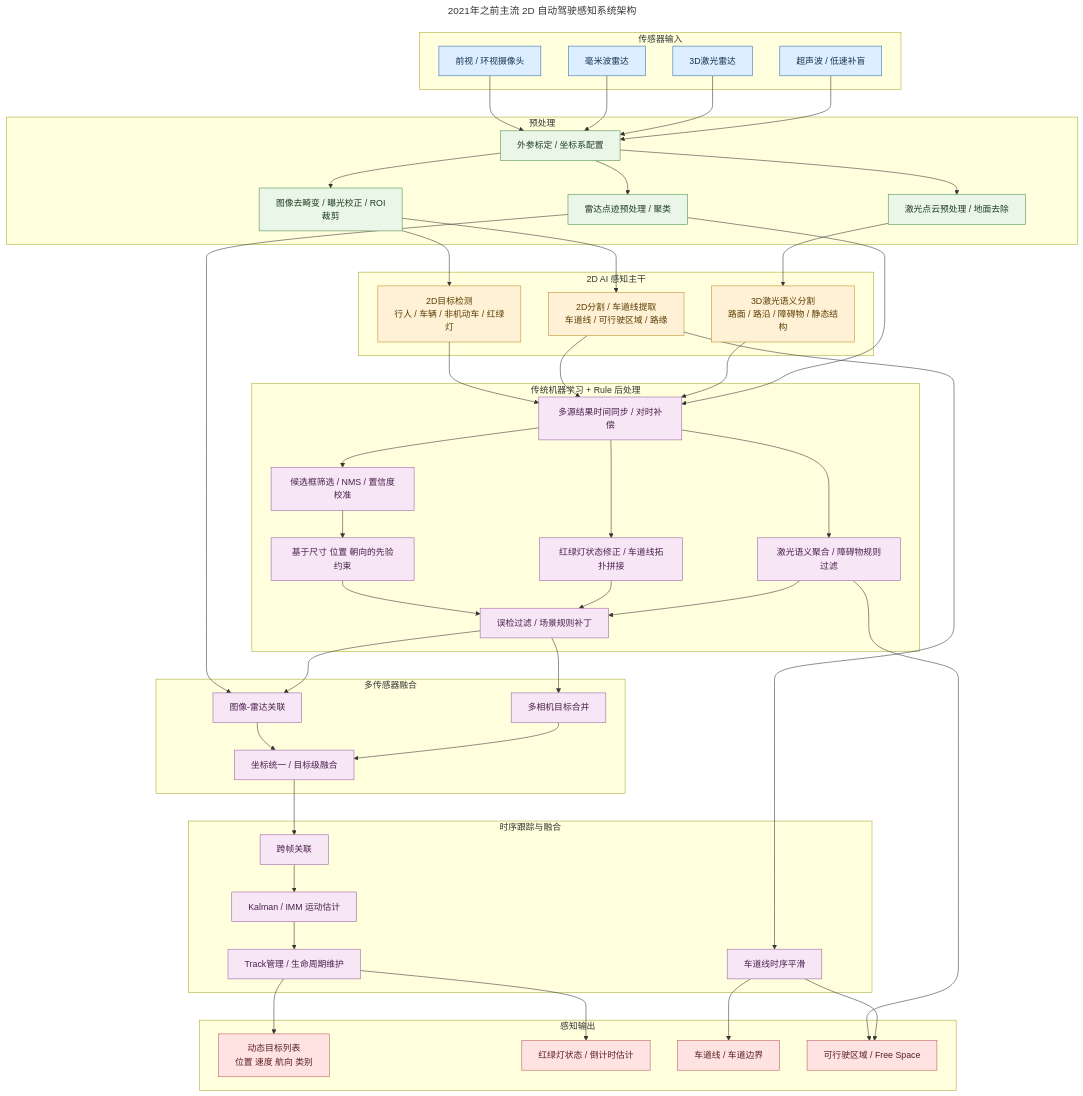
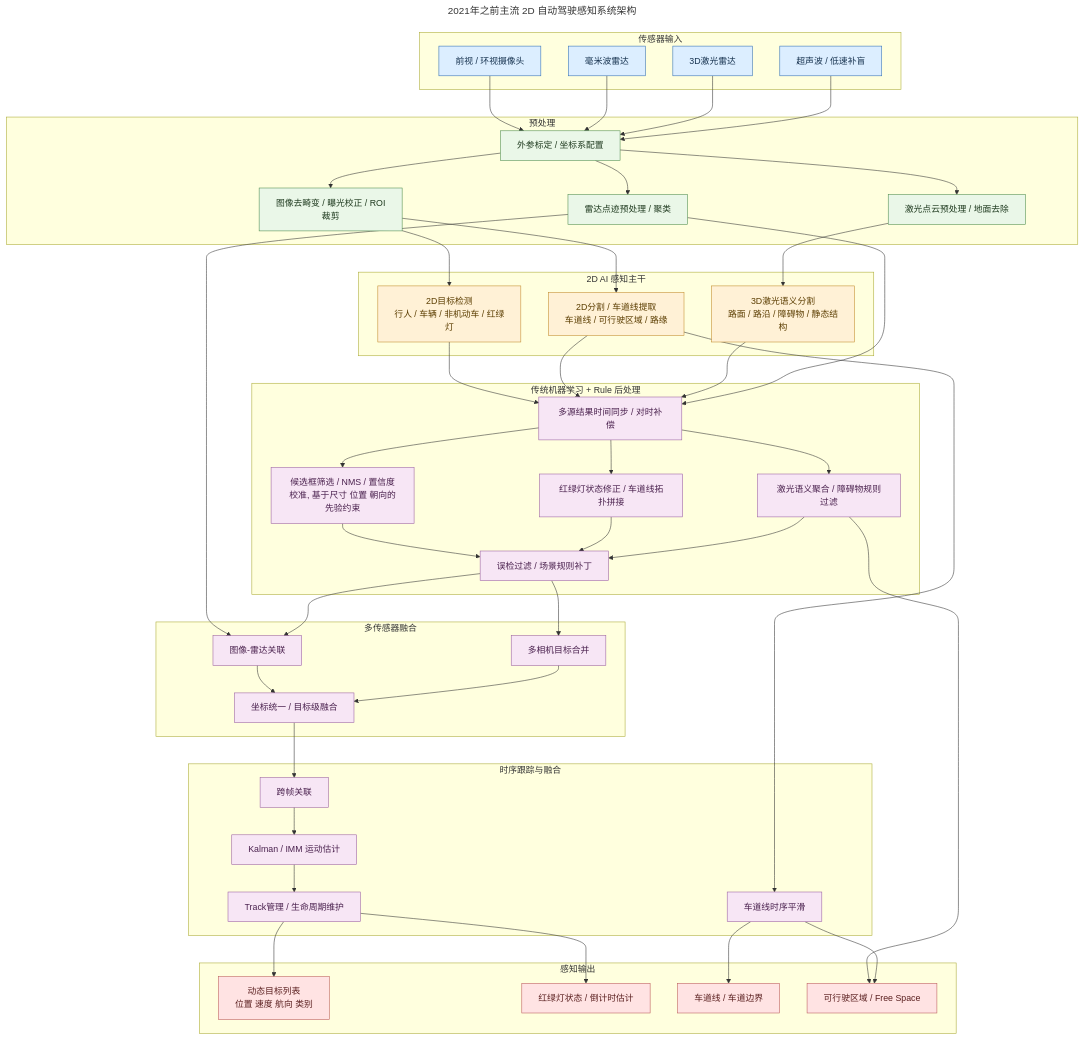
Before and after one commit to MagicFrogSJTU/work: the diagram in technical_report/20260408-huawei_autonomous_driving_share/2d_ad_perception.mmd, drawn with Mermaid. The commit also changed 106 other files, not shown here.

```diff
--- a/technical_report/20260408-huawei_autonomous_driving_share/2d_ad_perception.mmd
+++ b/technical_report/20260408-huawei_autonomous_driving_share/2d_ad_perception.mmd
@@ -1,101 +1,99 @@
 ---
 title: 2021年之前主流 2D 自动驾驶感知系统架构
 id: b8f8fead-5d1a-41d9-a050-e7ed2ebbc69e
 ---
 flowchart TD
 	classDef sensor fill:#DCEEFF,stroke:#2F6DB3,color:#16324F,stroke-width:1px;
 	classDef process fill:#EAF7E8,stroke:#4D8B4D,color:#1F3A1F,stroke-width:1px;
 	classDef ai fill:#FFF1D6,stroke:#C28B2C,color:#5B3D00,stroke-width:1px;
 	classDef fusion fill:#F7E6F5,stroke:#9A5FA0,color:#4A214E,stroke-width:1px;
 	classDef output fill:#FFE3E3,stroke:#BA5A5A,color:#5A1F1F,stroke-width:1px;
 
 	subgraph S0[传感器输入]
 		C1[前视 / 环视摄像头]
 		R1[毫米波雷达]
 		L1[3D激光雷达]
 		U1[超声波 / 低速补盲]
 	end
 
 	subgraph S1[预处理]
 		P1[外参标定 / 坐标系配置]
 		P2[图像去畸变 / 曝光校正 / ROI裁剪]
 		P3[雷达点迹预处理 / 聚类]
 		P4[激光点云预处理 / 地面去除]
 	end
 
 	subgraph S2[2D AI 感知主干]
 		A1[2D目标检测<br/>行人 / 车辆 / 非机动车 / 红绿灯]
 		A2[2D分割 / 车道线提取<br/>车道线 / 可行驶区域 / 路缘]
 		A3[3D激光语义分割<br/>路面 / 路沿 / 障碍物 / 静态结构]
 	end
 
 	subgraph S3[传统机器学习 + Rule 后处理]
 		H0[多源结果时间同步 / 对时补偿]
-		H1[候选框筛选 / NMS / 置信度校准]
-		H2[基于尺寸 位置 朝向的先验约束]
+		H1[候选框筛选 / NMS / 置信度校准, 基于尺寸 位置 朝向的先验约束]
 		H3[红绿灯状态修正 / 车道线拓扑拼接]
 		H4[激光语义聚合 / 障碍物规则过滤]
 		H5[误检过滤 / 场景规则补丁]
 	end
 
 	subgraph S4[多传感器融合]
 		F1[图像-雷达关联]
 		F2[多相机目标合并]
 		F3[坐标统一 / 目标级融合]
 	end
 
 	subgraph S5[时序跟踪与融合]
 		T1[跨帧关联]
 		T2[Kalman / IMM 运动估计]
 		T3[Track管理 / 生命周期维护]
 		T4[车道线时序平滑]
 	end
 
 	subgraph S6[感知输出]
 		O1[动态目标列表<br/>位置 速度 航向 类别]
 		O2[红绿灯状态 / 倒计时估计]
 		O3[车道线 / 车道边界]
 		O4[可行驶区域 / Free Space]
 	end
 
 	C1 --> P1
 	R1 --> P1
 	L1 --> P1
 	U1 --> P1
 	P1 --> P2
 	P1 --> P3
 	P1 --> P4
 	P2 --> A1
 	P2 --> A2
 	P4 --> A3
 	P3 --> F1
 	A1 --> H0
 	A2 --> H0
 	A3 --> H0
 	P3 --> H0
 	H0 --> H1
 	H0 --> H3
 	H0 --> H4
-	H1 --> H2
-	H2 --> H5
+	H1 --> H5
 	H3 --> H5
 	H4 --> H5
 	H5 --> F1
 	H5 --> F2
 	H4 --> O4
 	F1 --> F3
 	F2 --> F3
 	F3 --> T1
 	T1 --> T2
 	T2 --> T3
 	A2 --> T4
 	T3 --> O1
 	T3 --> O2
 	T4 --> O3
 	T4 --> O4
 
 	class C1,R1,L1,U1 sensor;
 	class P1,P2,P3,P4 process;
 	class A1,A2,A3 ai;
-	class H0,H1,H2,H3,H4,H5,F1,F2,F3,T1,T2,T3,T4 fusion;
+	class H0,H1,H3,H4,H5,F1,F2,F3,T1,T2,T3,T4 fusion;
 	class O1,O2,O3,O4 output;
```
